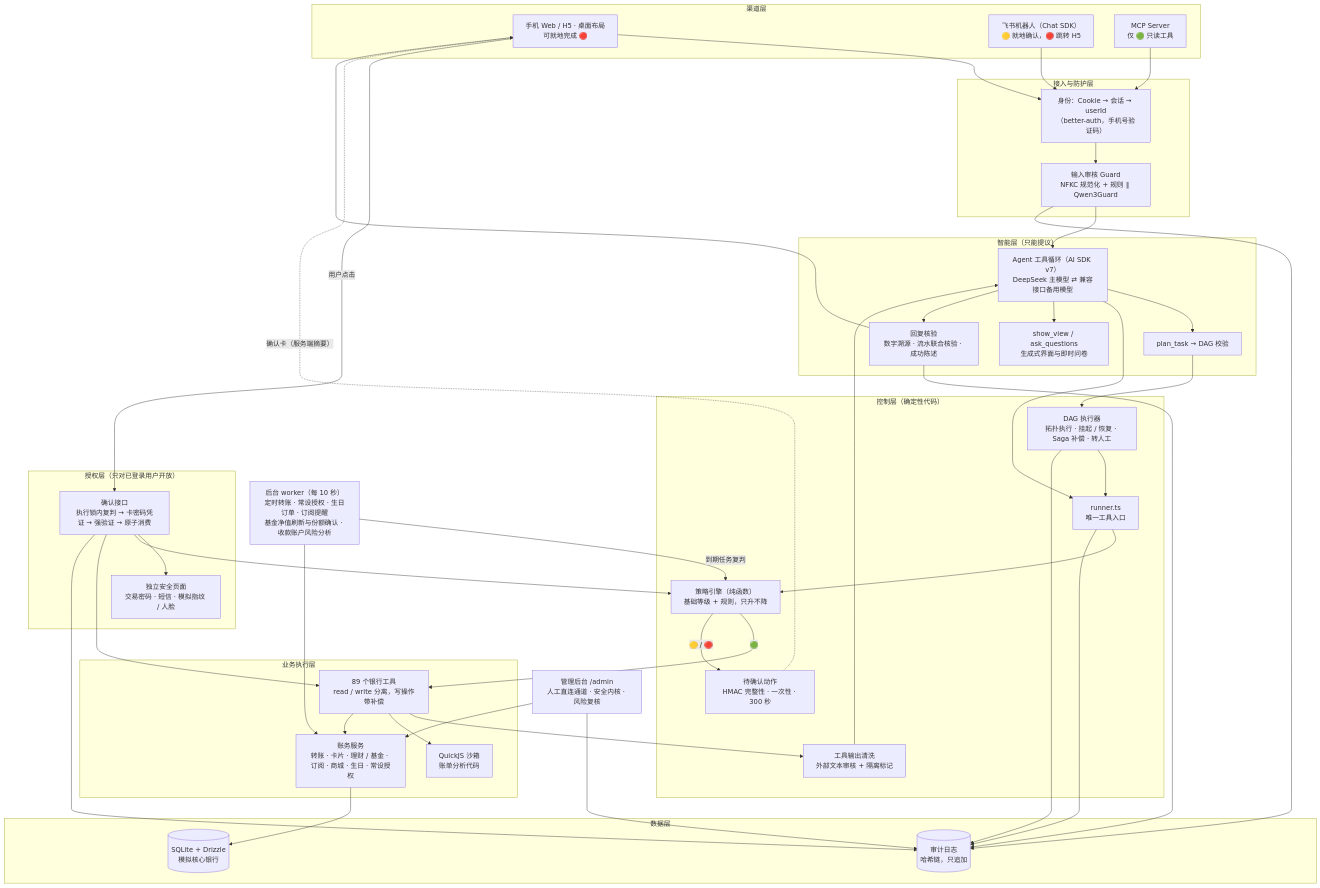
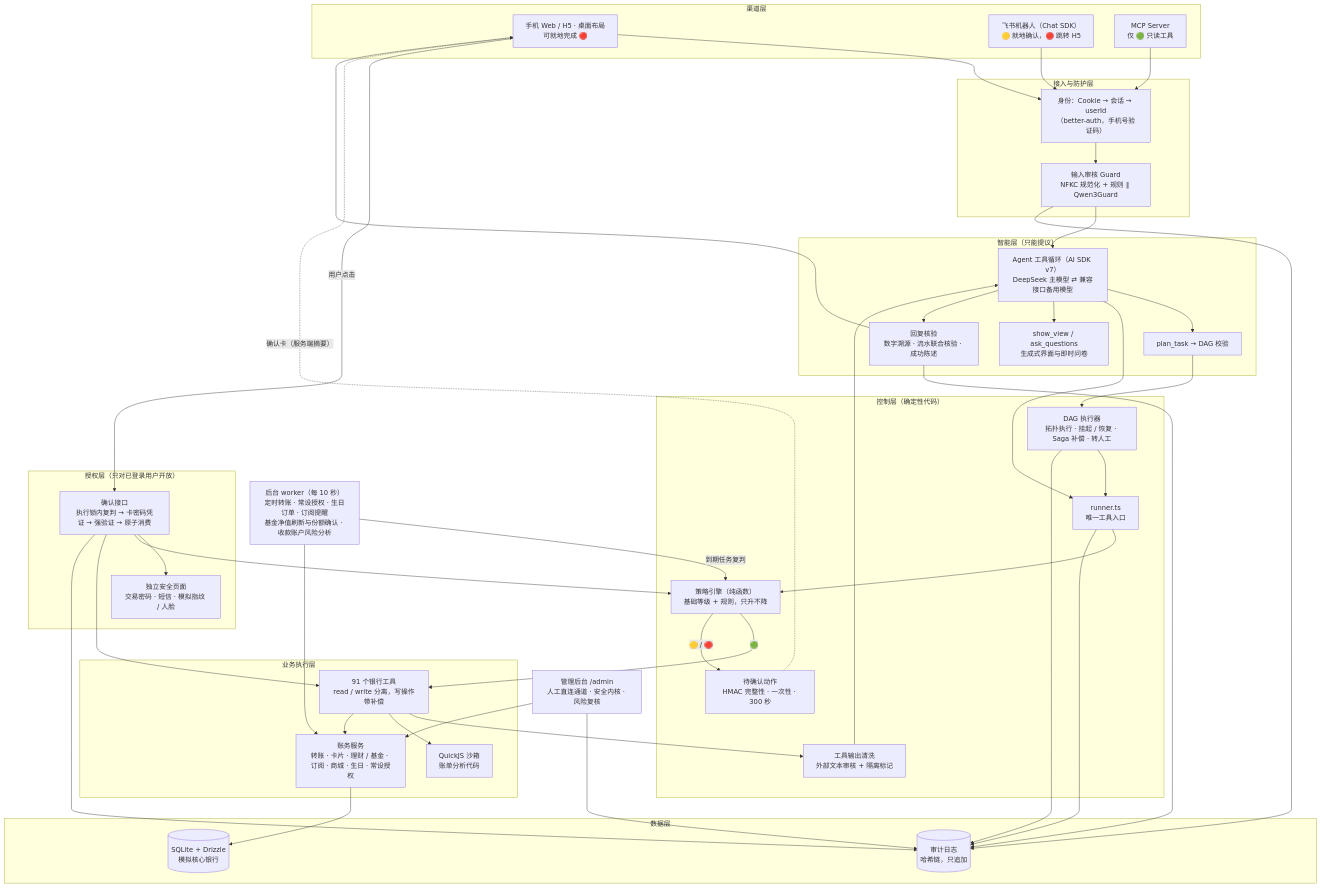
The first of 3 diagrams in docs/ARCHITECTURE.md (MTKD0/wencai_agent), drawn with Mermaid before and after one commit. The commit also changed other lines of this file and 60 other files, not shown here.

````diff
--- a/docs/ARCHITECTURE.md
+++ b/docs/ARCHITECTURE.md
@@ -25,67 +25,67 @@
 ```mermaid
 flowchart TB
   subgraph CH["渠道层"]
     WEB["手机 Web / H5 · 桌面布局<br/>可就地完成 🔴"]
     LARK["飞书机器人（Chat SDK）<br/>🟡 就地确认，🔴 跳转 H5"]
     MCP["MCP Server<br/>仅 🟢 只读工具"]
   end
 
   subgraph GW["接入与防护层"]
     AUTH["身份：Cookie → 会话 → userId<br/>（better-auth，手机号验证码）"]
     GUARD["输入审核 Guard<br/>NFKC 规范化 + 规则 ∥ Qwen3Guard"]
   end
 
   subgraph AG["智能层（只能提议）"]
     LLM["Agent 工具循环（AI SDK v7）<br/>DeepSeek 主模型 ⇄ 兼容接口备用模型"]
     PLAN["plan_task → DAG 校验"]
     UI["show_view / ask_questions<br/>生成式界面与即时问卷"]
     VERIFY["回复核验<br/>数字溯源 · 流水联合核验 · 成功陈述"]
   end
 
   subgraph CTRL["控制层（确定性代码）"]
     RUNNER["runner.ts<br/>唯一工具入口"]
     POLICY["策略引擎（纯函数）<br/>基础等级 + 规则，只升不降"]
     PENDING["待确认动作<br/>HMAC 完整性 · 一次性 · 300 秒"]
     EXEC["DAG 执行器<br/>拓扑执行 · 挂起 / 恢复 · Saga 补偿 · 转人工"]
     SANITIZE["工具输出清洗<br/>外部文本审核 + 隔离标记"]
   end
 
   subgraph SEC["授权层（只对已登录用户开放）"]
     CONFIRM["确认接口<br/>执行锁内复判 → 卡密码凭证 → 强验证 → 原子消费"]
     SECPAGE["独立安全页面<br/>交易密码 · 短信 · 模拟指纹 / 人脸"]
   end
 
   subgraph BIZ["业务执行层"]
-    TOOLS["89 个银行工具<br/>read / write 分离，写操作带补偿"]
+    TOOLS["91 个银行工具<br/>read / write 分离，写操作带补偿"]
     SVC["账务服务<br/>转账 · 卡片 · 理财 / 基金 · 订阅 · 商城 · 生日 · 常设授权"]
     SANDBOX["QuickJS 沙箱<br/>账单分析代码"]
   end
 
   subgraph DATA["数据层"]
     DB[("SQLite + Drizzle<br/>模拟核心银行")]
     AUDIT[("审计日志<br/>哈希链，只追加")]
   end
 
   WORKER["后台 worker（每 10 秒）<br/>定时转账 · 常设授权 · 生日订单 · 订阅提醒<br/>基金净值刷新与份额确认 · 收款账户风险分析"]
   ADMIN["管理后台 /admin<br/>人工直连通道 · 安全内核 · 风险复核"]
 
   WEB & LARK & MCP --> AUTH --> GUARD --> LLM
   LLM --> PLAN --> EXEC --> RUNNER
   LLM --> RUNNER
   LLM --> UI
   LLM --> VERIFY --> WEB
   RUNNER --> POLICY
   POLICY -- "🟢" --> TOOLS
   POLICY -- "🟡 / 🔴" --> PENDING
   TOOLS --> SANITIZE --> LLM
   TOOLS --> SANDBOX
   PENDING -. "确认卡（服务端摘要）" .-> WEB
   WEB -- "用户点击" --> CONFIRM
   CONFIRM --> SECPAGE
   CONFIRM --> POLICY
   CONFIRM --> TOOLS --> SVC --> DB
   WORKER -- "到期任务复判" --> POLICY
   WORKER --> SVC
   ADMIN --> SVC
   RUNNER & CONFIRM & EXEC & GUARD & VERIFY & ADMIN --> AUDIT
 ```
````
